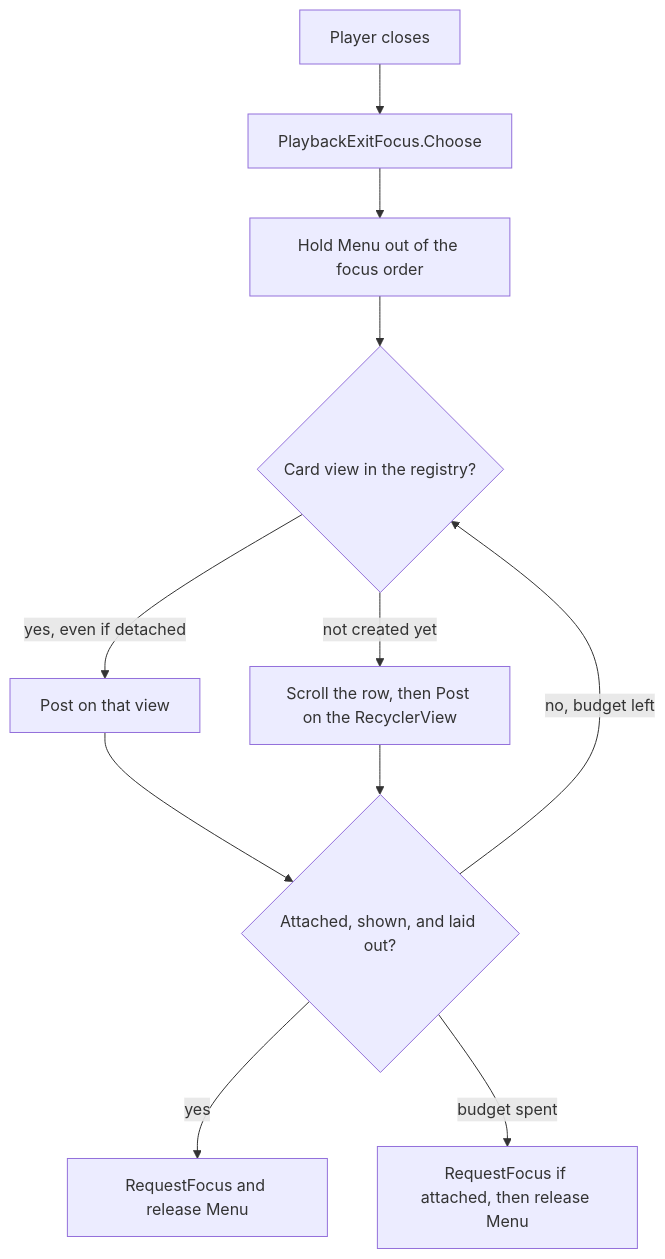
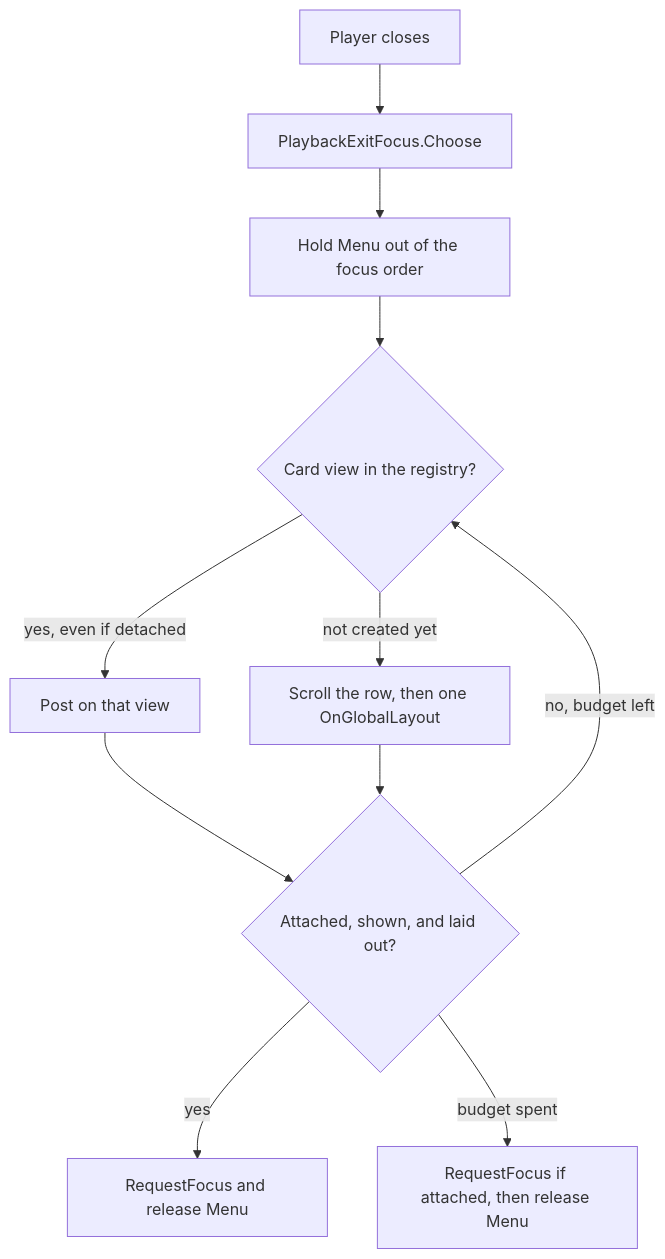
One commit to Vardy-Party/Client changed the first of 2 diagrams in docs/architecture/homepage-maui-avalonia.md. Above: the diagram before and after it, drawn with Mermaid. The commit also changed other lines of this file and 3 other files, not shown here.

````diff
--- a/docs/architecture/homepage-maui-avalonia.md
+++ b/docs/architecture/homepage-maui-avalonia.md
@@ -373,13 +376,13 @@
 ```mermaid
 flowchart TD
   exit[Player closes] --> choose[PlaybackExitFocus.Choose]
   choose --> hold[Hold Menu out of the focus order]
   hold --> lookup{Card view in the registry?}
   lookup -->|yes, even if detached| postCard[Post on that view]
-  lookup -->|not created yet| postRow[Scroll the row, then Post on the RecyclerView]
+  lookup -->|not created yet| layout[Scroll the row, then one OnGlobalLayout]
   postCard --> ready{Attached, shown, and laid out?}
-  postRow --> ready
+  layout --> ready
   ready -->|yes| focus[RequestFocus and release Menu]
   ready -->|no, budget left| lookup
   ready -->|budget spent| last[RequestFocus if attached, then release Menu]
 ```
````
